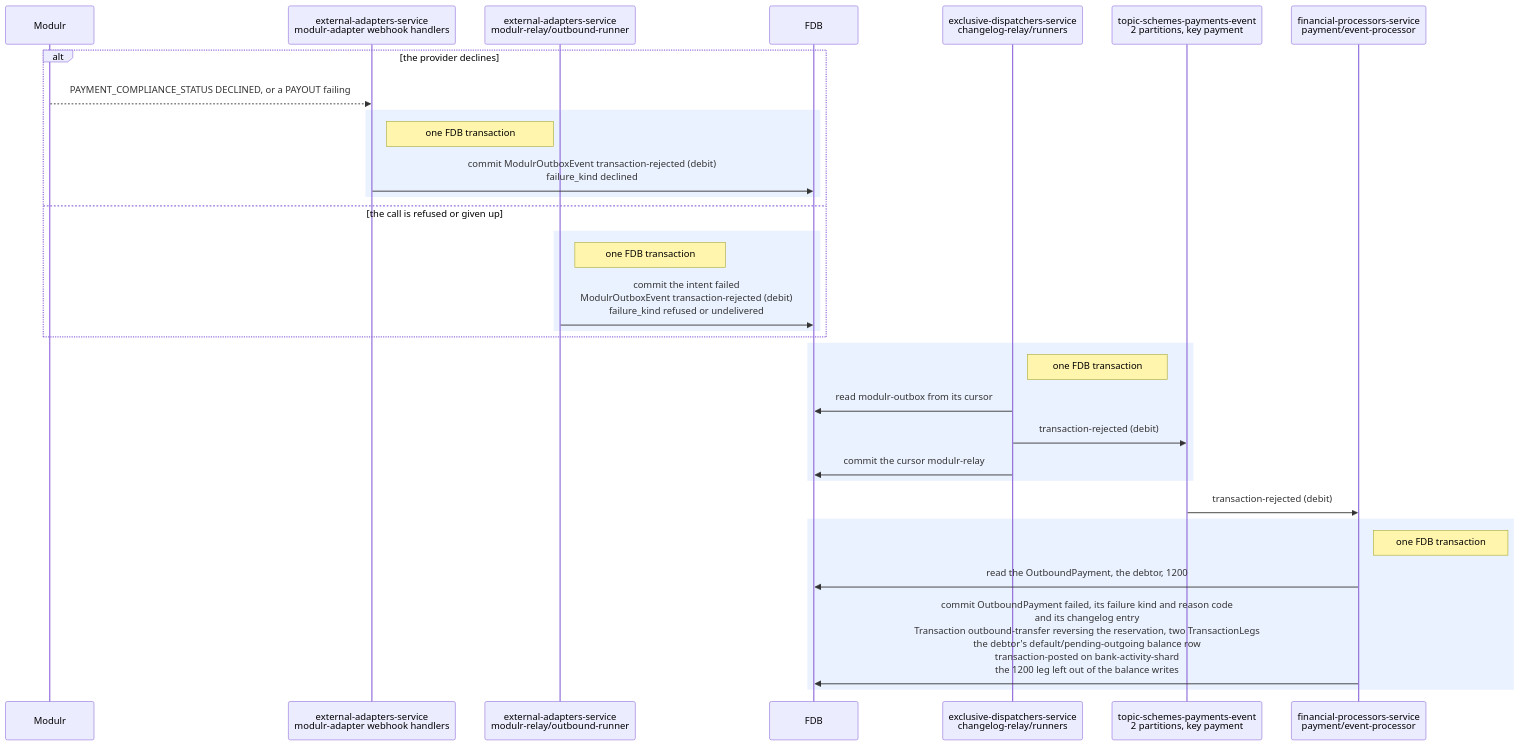
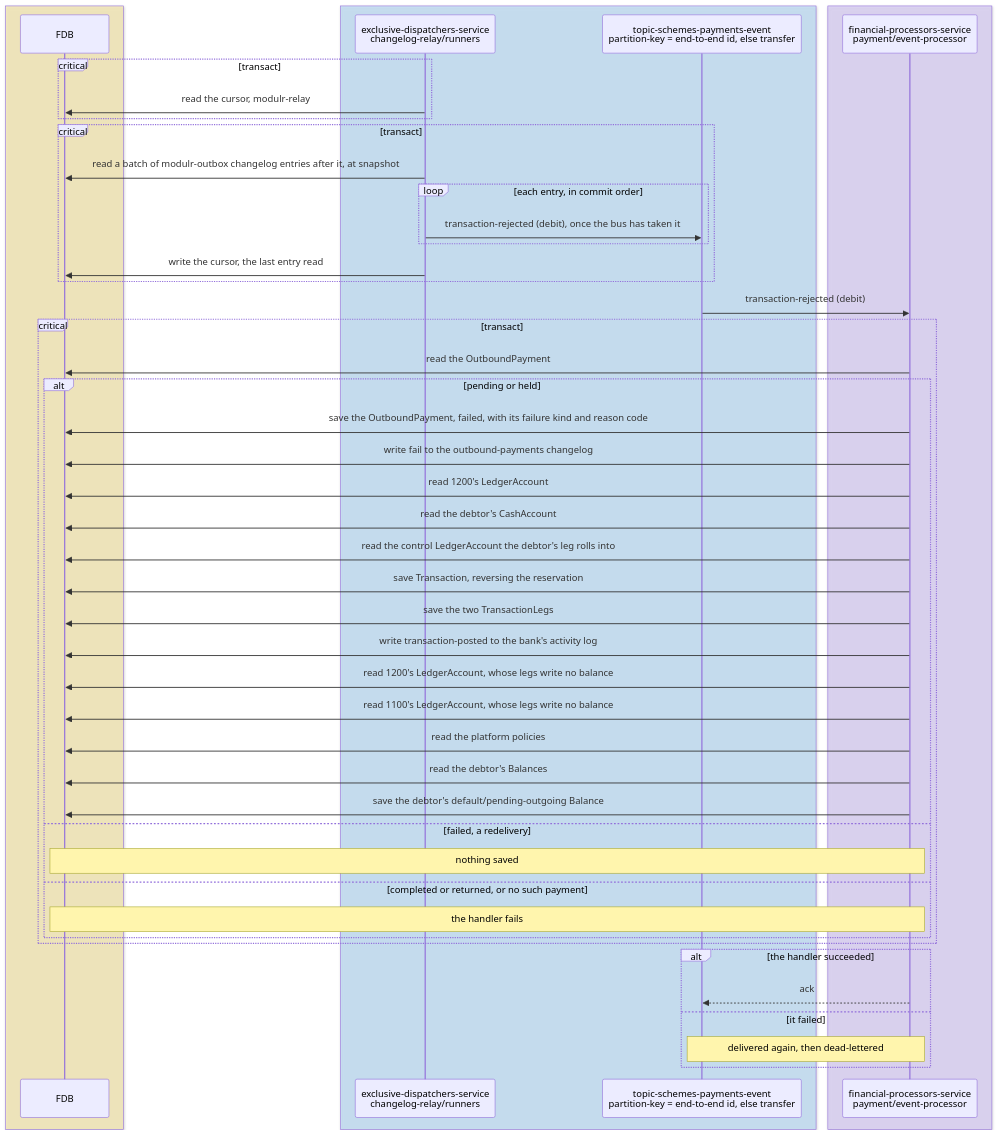
Before and after one commit to repldriven/queenswood: diagram 11 of 15 in docs/tdd/payments-outbound.md, drawn with Mermaid. The commit also changed other lines of this file and 2 other files, not shown here.

Commit message:
Draw outbound and inbound payments to the internal diagrams' conventions

````diff
--- a/docs/tdd/payments-outbound.md
+++ b/docs/tdd/payments-outbound.md
@@ -208,34 +597,51 @@
 ```mermaid
 sequenceDiagram
-    participant PR as Modulr
-    participant WH as external-adapters-service<br/>modulr-adapter webhook handlers
-    participant IP as external-adapters-service<br/>modulr-relay/outbound-runner
+    box rgba(255, 236, 153, 0.5)
     participant DB as FDB
+    end
+    box rgba(165, 216, 255, 0.45)
     participant OR as exclusive-dispatchers-service<br/>changelog-relay/runners
-    participant SE as topic-schemes-payments-event<br/>2 partitions, key payment
+    participant SE as topic-schemes-payments-event<br/>partition-key = end-to-end id, else transfer
+    end
+    box rgba(208, 191, 255, 0.45)
     participant PE as financial-processors-service<br/>payment/event-processor
-    alt the provider declines
-        PR-->>WH: PAYMENT_COMPLIANCE_STATUS DECLINED, or a PAYOUT failing
-        rect rgb(235, 242, 255)
-        Note right of WH: one FDB transaction
-        WH->>DB: commit ModulrOutboxEvent transaction-rejected (debit)<br/>failure_kind declined
-        end
-    else the call is refused or given up
-        rect rgb(235, 242, 255)
-        Note right of IP: one FDB transaction
-        IP->>DB: commit the intent failed<br/>ModulrOutboxEvent transaction-rejected (debit)<br/>failure_kind refused or undelivered
-        end
     end
-    rect rgb(235, 242, 255)
-    Note right of OR: one FDB transaction
-    OR->>DB: read modulr-outbox from its cursor
-    OR->>SE: transaction-rejected (debit)
-    OR->>DB: commit the cursor modulr-relay
+    critical transact
+    OR->>DB: read the cursor, modulr-relay
+    end
+    critical transact
+    OR->>DB: read a batch of modulr-outbox changelog entries after it, at snapshot
+    loop each entry, in commit order
+    OR->>SE: transaction-rejected (debit), once the bus has taken it
+    end
+    OR->>DB: write the cursor, the last entry read
     end
     SE->>PE: transaction-rejected (debit)
-    rect rgb(235, 242, 255)
-    Note right of PE: one FDB transaction
-    PE->>DB: read the OutboundPayment, the debtor, 1200
-    PE->>DB: commit OutboundPayment failed, its failure kind and reason code<br/>and its changelog entry<br/>Transaction outbound-transfer reversing the reservation, two TransactionLegs<br/>the debtor's default/pending-outgoing balance row<br/>transaction-posted on bank-activity-shard<br/>the 1200 leg left out of the balance writes
+    critical transact
+    PE->>DB: read the OutboundPayment
+    alt pending or held
+    PE->>DB: save the OutboundPayment, failed, with its failure kind and reason code
+    PE->>DB: write fail to the outbound-payments changelog
+    PE->>DB: read 1200's LedgerAccount
+    PE->>DB: read the debtor's CashAccount
+    PE->>DB: read the control LedgerAccount the debtor's leg rolls into
+    PE->>DB: save Transaction, reversing the reservation
+    PE->>DB: save the two TransactionLegs
+    PE->>DB: write transaction-posted to the bank's activity log
+    PE->>DB: read 1200's LedgerAccount, whose legs write no balance
+    PE->>DB: read 1100's LedgerAccount, whose legs write no balance
+    PE->>DB: read the platform policies
+    PE->>DB: read the debtor's Balances
+    PE->>DB: save the debtor's default/pending-outgoing Balance
+    else failed, a redelivery
+    Note over PE,DB: nothing saved
+    else completed or returned, or no such payment
+    Note over PE,DB: the handler fails
+    end
+    end
+    alt the handler succeeded
+    PE-->>SE: ack
+    else it failed
+    Note over PE,SE: delivered again, then dead-lettered
     end
 ```
````
